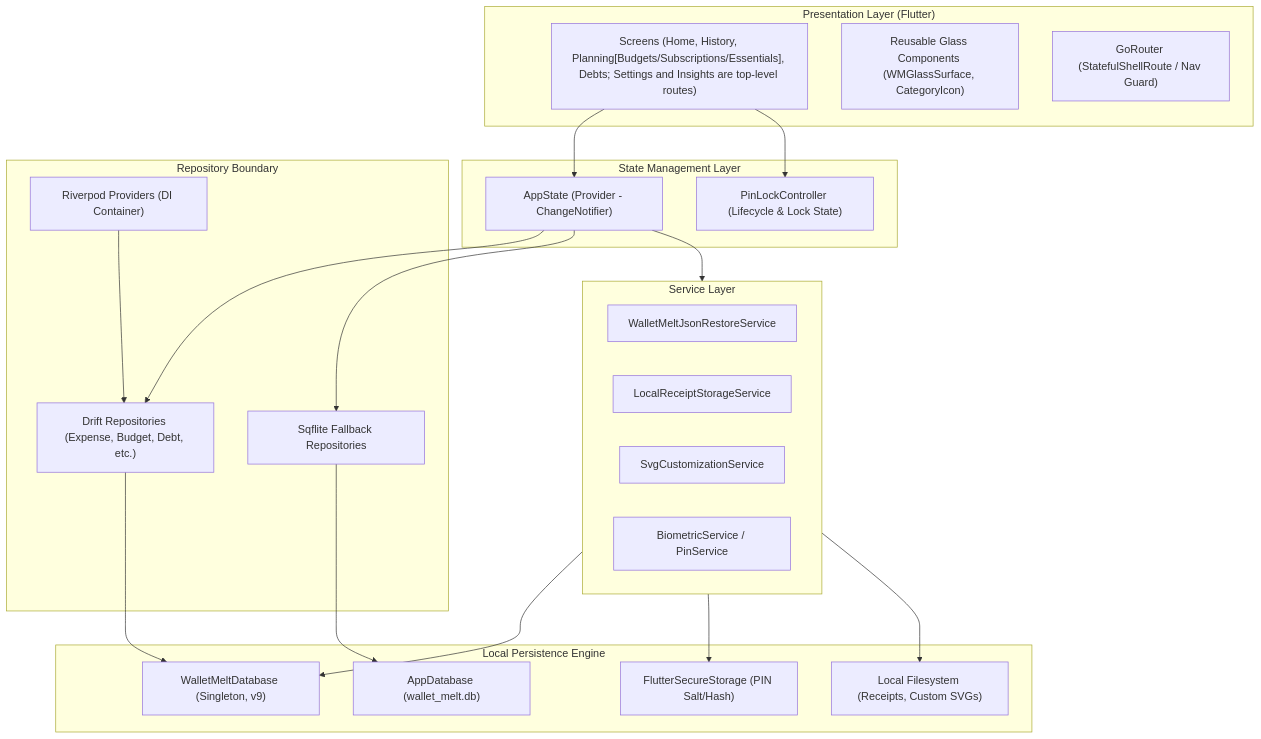
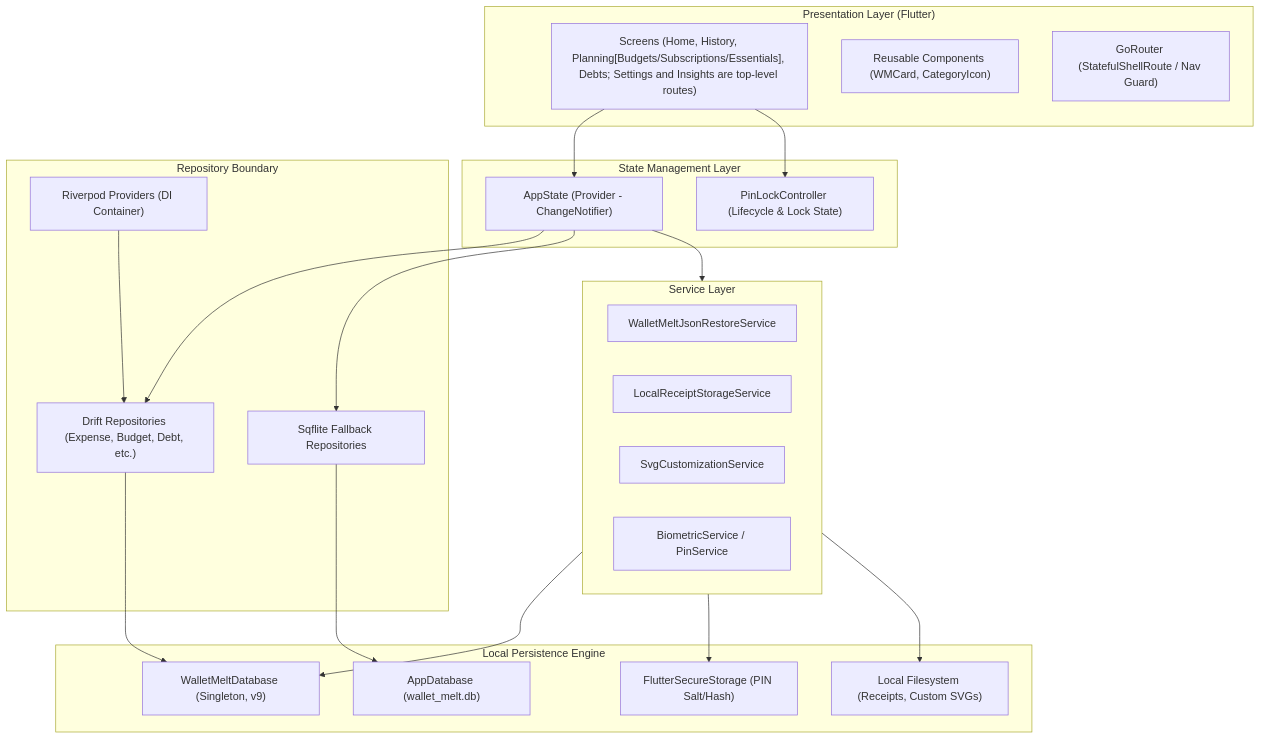
One commit to muneeb2004/WalletMelt changed the diagram in WalletMelt/02-Architecture/Application-Architecture.md. Above: the diagram before and after it, drawn with Mermaid. The commit also changed 40 other files, not shown here.

````diff
--- a/WalletMelt/02-Architecture/Application-Architecture.md
+++ b/WalletMelt/02-Architecture/Application-Architecture.md
@@ -18,45 +18,45 @@
 ```mermaid
 graph TD
     subgraph UI ["Presentation Layer (Flutter)"]
         Screens["Screens (Home, History, Planning[Budgets/Subscriptions/Essentials], Debts; Settings and Insights are top-level routes)"]
-        Components["Reusable Glass Components (WMGlassSurface, CategoryIcon)"]
+        Components["Reusable Components (WMCard, CategoryIcon)"]
         AppRouter["GoRouter (StatefulShellRoute / Nav Guard)"]
     end
 
     subgraph State ["State Management Layer"]
         AppState["AppState (Provider - ChangeNotifier)"]
         PinLock["PinLockController (Lifecycle & Lock State)"]
     end
 
     subgraph Services ["Service Layer"]
         Restorer["WalletMeltJsonRestoreService"]
         ReceiptStorage["LocalReceiptStorageService"]
         SvgService["SvgCustomizationService"]
         Biometrics["BiometricService / PinService"]
     end
 
     subgraph Repositories ["Repository Boundary"]
         RiverpodDI["Riverpod Providers (DI Container)"]
         DriftRepos["Drift Repositories (Expense, Budget, Debt, etc.)"]
         SqfliteFallback["Sqflite Fallback Repositories"]
     end
 
     subgraph Data ["Local Persistence Engine"]
         DriftDB["WalletMeltDatabase (Singleton, v9)"]
         SqfliteDB["AppDatabase (wallet_melt.db)"]
         SecureStorage["FlutterSecureStorage (PIN Salt/Hash)"]
         DiskFiles["Local Filesystem (Receipts, Custom SVGs)"]
     end
 
     Screens --> AppState
     Screens --> PinLock
     AppState --> DriftRepos
     AppState --> SqfliteFallback
     AppState --> Services
     RiverpodDI --> DriftRepos
     DriftRepos --> DriftDB
     SqfliteFallback --> SqfliteDB
     Services --> DriftDB
     Services --> SecureStorage
     Services --> DiskFiles
 ```
````
